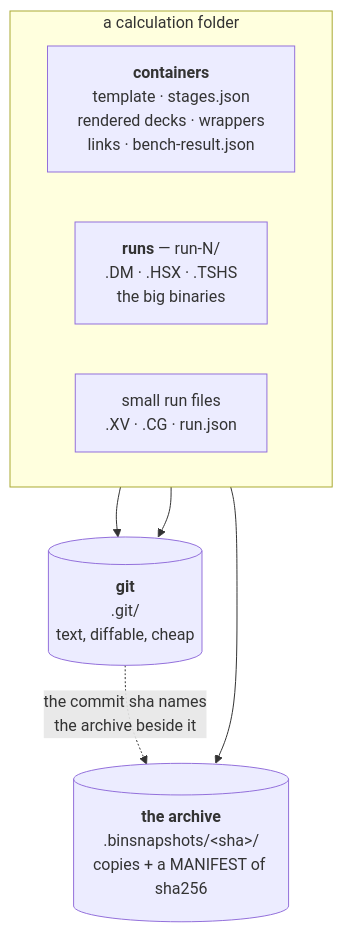
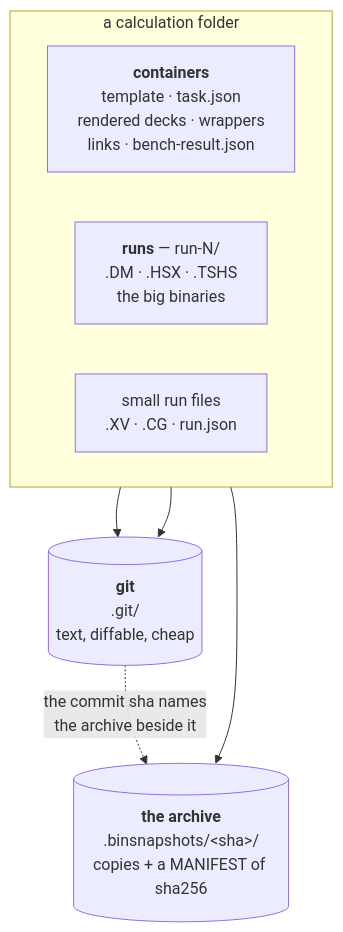
The diagram in docs/execution/checkpointing.md (Qing-LAB/molbuilder), drawn with Mermaid before and after one commit. The commit also changed other lines of this file and 12 other files, not shown here.

````diff
--- a/docs/execution/checkpointing.md
+++ b/docs/execution/checkpointing.md
@@ -72,15 +72,15 @@
 ```mermaid
 flowchart TB
     subgraph TREE["a calculation folder"]
       direction LR
-      C["<b>containers</b><br/>template · stages.json<br/>rendered decks · wrappers<br/>links · bench-result.json"]
+      C["<b>containers</b><br/>template · task.json<br/>rendered decks · wrappers<br/>links · bench-result.json"]
       R["<b>runs</b> — run-N/<br/>.DM · .HSX · .TSHS<br/>the big binaries"]
       SM["small run files<br/>.XV · .CG · run.json"]
     end
     G[("<b>git</b><br/>.git/<br/>text, diffable, cheap")]
     A[("<b>the archive</b><br/>.binsnapshots/&lt;sha&gt;/<br/>copies + a MANIFEST of sha256")]
     C --> G
     SM --> G
     R --> A
     G -.->|"the commit sha names<br/>the archive beside it"| A
 ```
````
